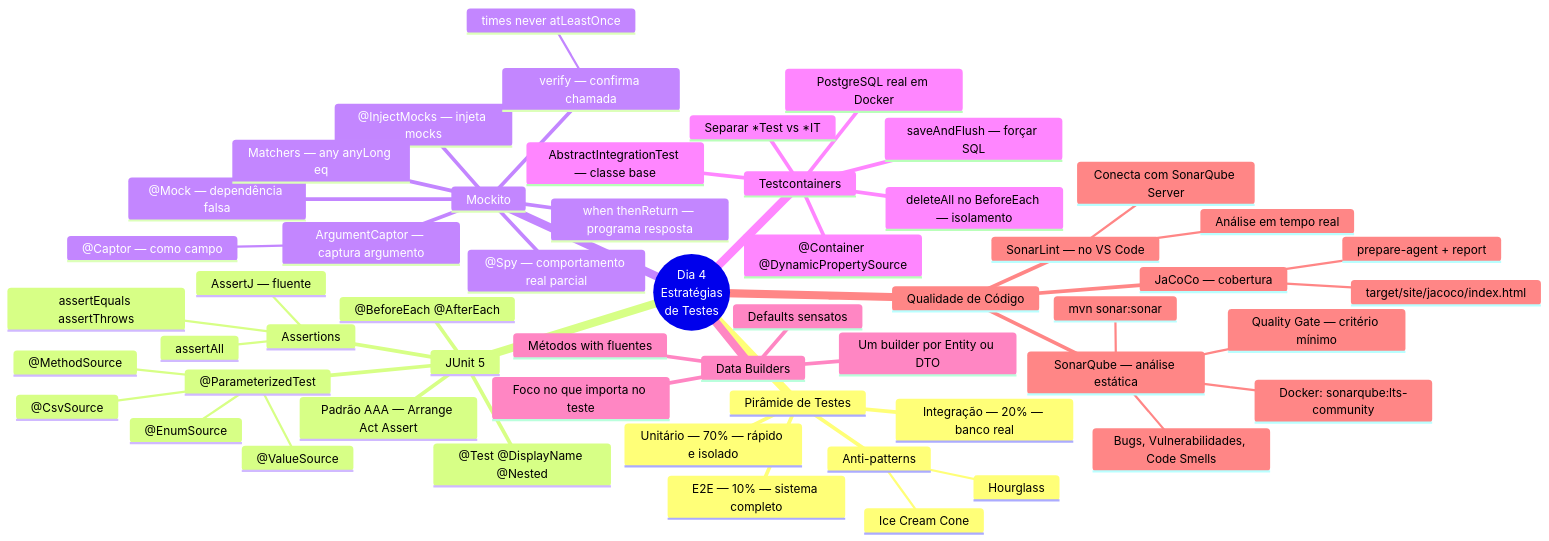
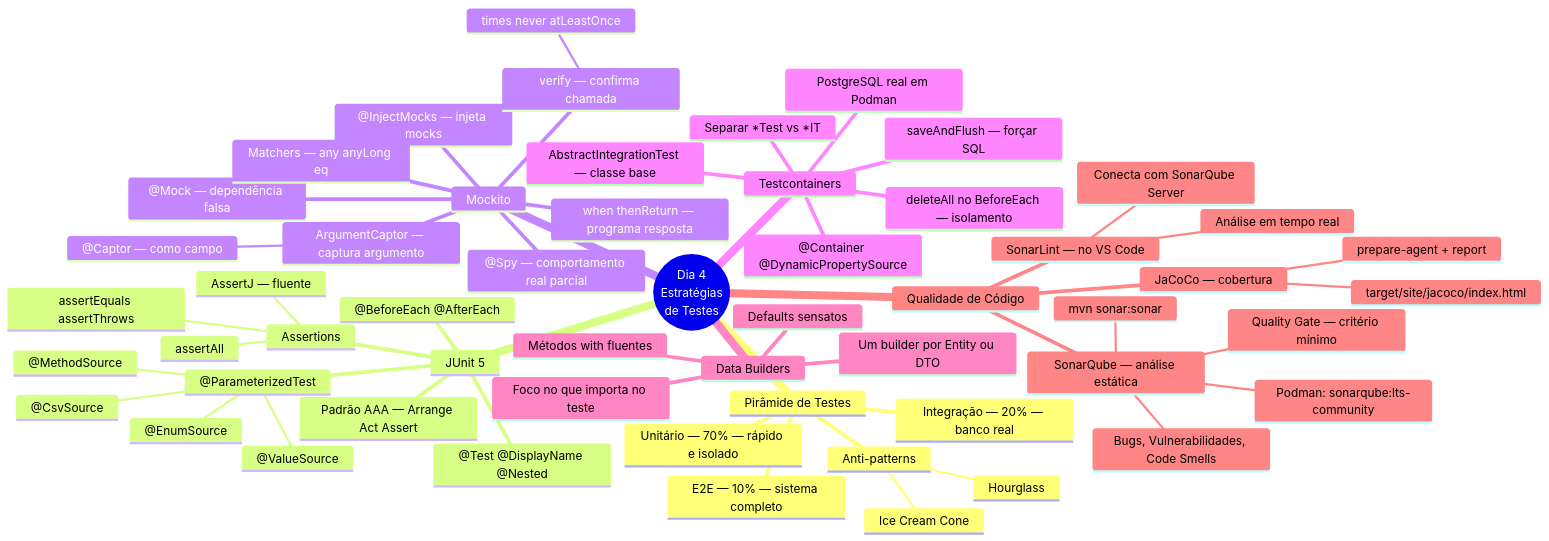
One commit to deusemarjunior/trein-java-intermed changed the first of 9 diagrams in dia-04/slide-12.md. Above: the diagram before and after it, drawn with Mermaid. The commit also changed other lines of this file and 100 other files, not shown here.

Commit message:
removendo docker adicionando podman

````diff
--- a/dia-04/slide-12.md
+++ b/dia-04/slide-12.md
@@ -9,58 +9,58 @@
 ```mermaid
 mindmap
   root((Dia 4<br/>Estratégias<br/>de Testes))
     Pirâmide de Testes
       Unitário — 70% — rápido e isolado
       Integração — 20% — banco real
       E2E — 10% — sistema completo
       Anti-patterns
         Ice Cream Cone
         Hourglass
     JUnit 5
       Padrão AAA — Arrange Act Assert
       @Test @DisplayName @Nested
       @BeforeEach @AfterEach
       @ParameterizedTest
         @CsvSource
         @ValueSource
         @EnumSource
         @MethodSource
       Assertions
         assertEquals assertThrows
         assertAll
         AssertJ — fluente
     Mockito
       @Mock — dependência falsa
       @InjectMocks — injeta mocks
       when thenReturn — programa resposta
       verify — confirma chamada
         times never atLeastOnce
       ArgumentCaptor — captura argumento
         @Captor — como campo
       @Spy — comportamento real parcial
       Matchers — any anyLong eq
     Testcontainers
-      PostgreSQL real em Docker
+      PostgreSQL real em Podman
       @Container @DynamicPropertySource
       AbstractIntegrationTest — classe base
       deleteAll no BeforeEach — isolamento
       saveAndFlush — forçar SQL
       Separar *Test vs *IT
     Data Builders
       Defaults sensatos
       Métodos with fluentes
       Foco no que importa no teste
       Um builder por Entity ou DTO
     Qualidade de Código
       JaCoCo — cobertura
         prepare-agent + report
         target/site/jacoco/index.html
       SonarQube — análise estática
         Bugs, Vulnerabilidades, Code Smells
         Quality Gate — critério mínimo
-        Docker: sonarqube:lts-community
+        Podman: sonarqube:lts-community
         mvn sonar:sonar
       SonarLint — no VS Code
         Análise em tempo real
         Conecta com SonarQube Server
 ```
````
